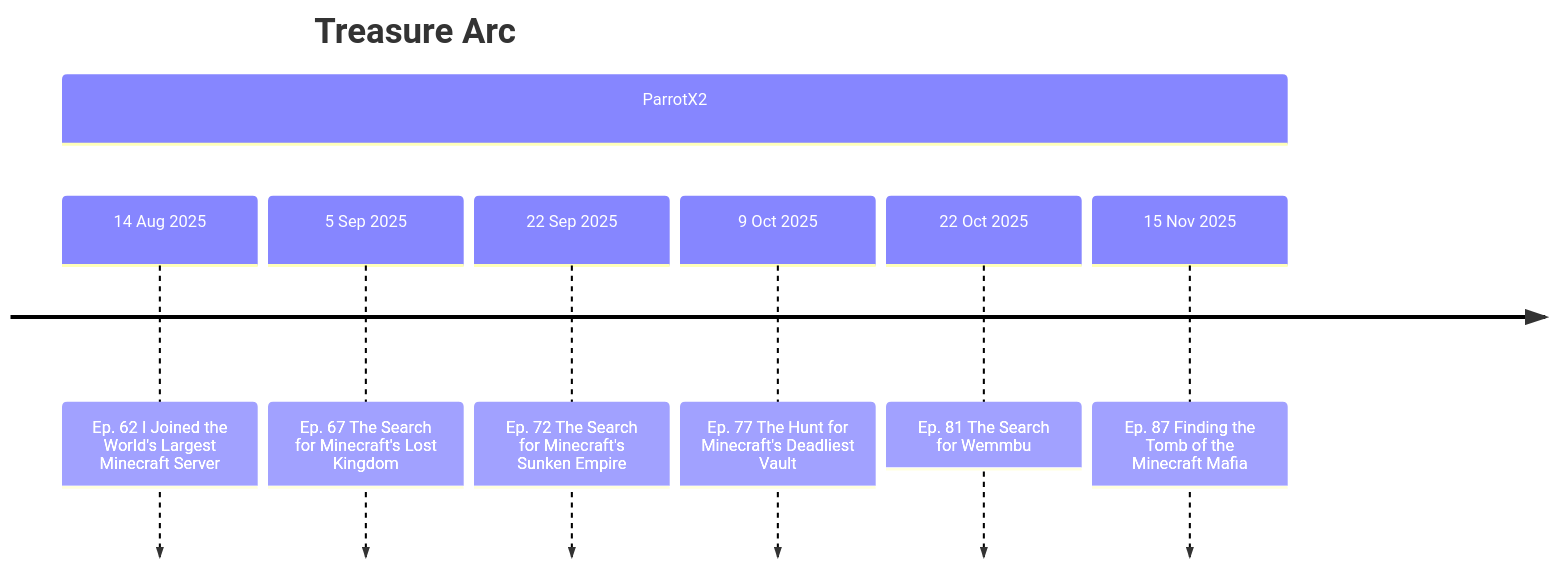
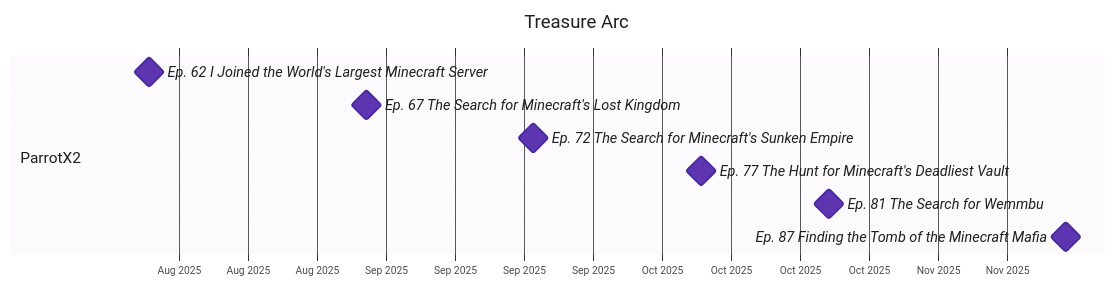
Before and after one commit to That1Guy005/Unstable-Wiki: the diagram in docs/arcs/treasure-arc.md, drawn with Mermaid. The commit also changed other lines of this file and 57 other files, not shown here.

Commit message:
feat: improved readability charts

````diff
--- a/docs/arcs/treasure-arc.md
+++ b/docs/arcs/treasure-arc.md
@@ -23,11 +25,15 @@
 ```mermaid
-timeline
+%%{init: {"theme": "base", "themeVariables": {"fontFamily": "Roboto, Helvetica, Arial, sans-serif", "fontSize": "15px", "primaryTextColor": "#1f1f1f", "textColor": "#1f1f1f", "titleColor": "#1f1f1f", "gridColor": "#d0d0d8", "taskBkgColor": "#5e35b1", "taskBorderColor": "#4527a0", "taskTextColor": "#ffffff", "taskTextLightColor": "#ffffff", "taskTextDarkColor": "#1f1f1f", "taskTextOutsideColor": "#1f1f1f", "taskTextClickableColor": "#1f1f1f", "sectionBkgColor": "#ede7f6", "altSectionBkgColor": "#ffffff", "sectionBkgColor2": "#fff3d6"}, "gantt": {"barHeight": 26, "barGap": 6, "fontSize": 14, "sectionFontSize": 15, "leftPadding": 135, "topPadding": 54, "gridLineStartPadding": 40, "titleTopMargin": 24}, "themeCSS": ".titleText{font-size:20px;font-weight:600;fill:#1f1f1f} .sectionTitle{font-size:15px;font-weight:600;fill:#1f1f1f} .tick text{font-size:13px;fill:#333} .taskText,.taskTextOutsideRight,.taskTextOutsideLeft{font-size:14px} .milestone{fill:#5e35b1;stroke:#4527a0}"}}%%
+gantt
     title Treasure Arc
+    dateFormat YYYY-MM-DD
+    axisFormat %b %Y
+    todayMarker off
     section ParrotX2
-        14 Aug 2025 : Ep. 62 I Joined the World's Largest Minecraft Server
-        5 Sep 2025 : Ep. 67 The Search for Minecraft's Lost Kingdom
-        22 Sep 2025 : Ep. 72 The Search for Minecraft's Sunken Empire
-        9 Oct 2025 : Ep. 77 The Hunt for Minecraft's Deadliest Vault
-        22 Oct 2025 : Ep. 81 The Search for Wemmbu
-        15 Nov 2025 : Ep. 87 Finding the Tomb of the Minecraft Mafia
+    Ep. 62 I Joined the World's Largest Minecraft Server : milestone, m0, 2025-08-14, 0d
+    Ep. 67 The Search for Minecraft's Lost Kingdom : milestone, m1, 2025-09-05, 0d
+    Ep. 72 The Search for Minecraft's Sunken Empire : milestone, m2, 2025-09-22, 0d
+    Ep. 77 The Hunt for Minecraft's Deadliest Vault : milestone, m3, 2025-10-09, 0d
+    Ep. 81 The Search for Wemmbu : milestone, m4, 2025-10-22, 0d
+    Ep. 87 Finding the Tomb of the Minecraft Mafia : milestone, m5, 2025-11-15, 0d
 ```
````
